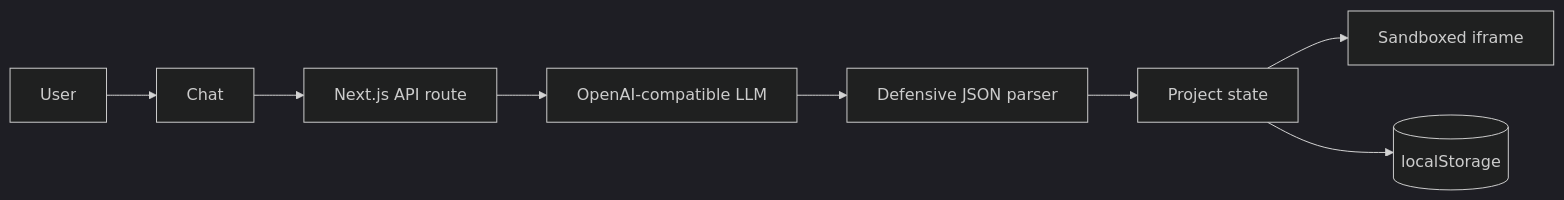
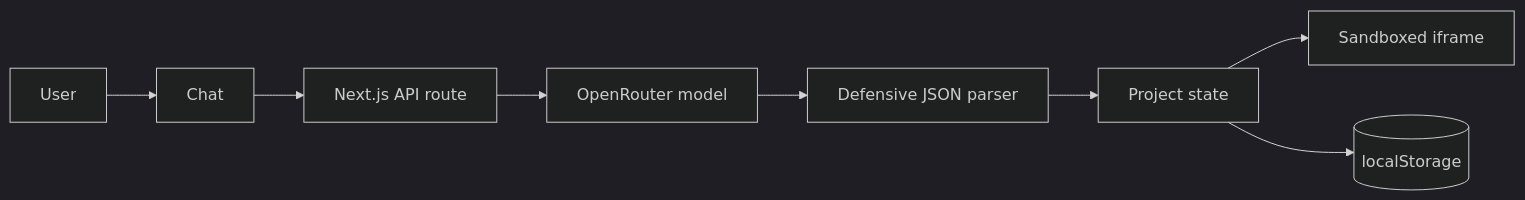
The diagram in README.md (fhj414/forge-ai), drawn with Mermaid (dark theme) before and after one commit. The commit also changed other lines of this file and 6 other files, not shown here.

````diff
--- a/README.md
+++ b/README.md
@@ -50,10 +50,10 @@
 ```mermaid
 flowchart LR
   User --> Chat
   Chat --> API[Next.js API route]
-  API --> LLM[OpenAI-compatible LLM]
+  API --> LLM[OpenRouter model]
   LLM --> Parser[Defensive JSON parser]
   Parser --> ProjectStore[Project state]
   ProjectStore --> Preview[Sandboxed iframe]
   ProjectStore --> LocalStorage[(localStorage)]
 ```
````
